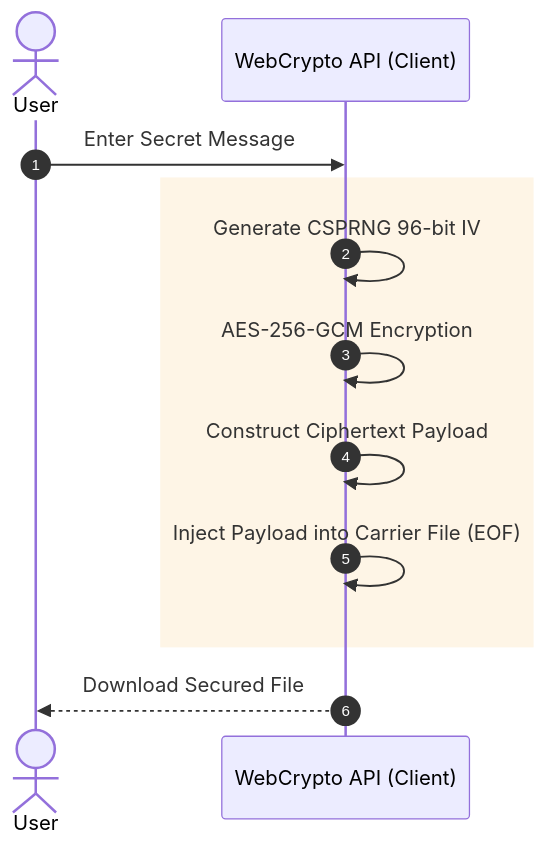
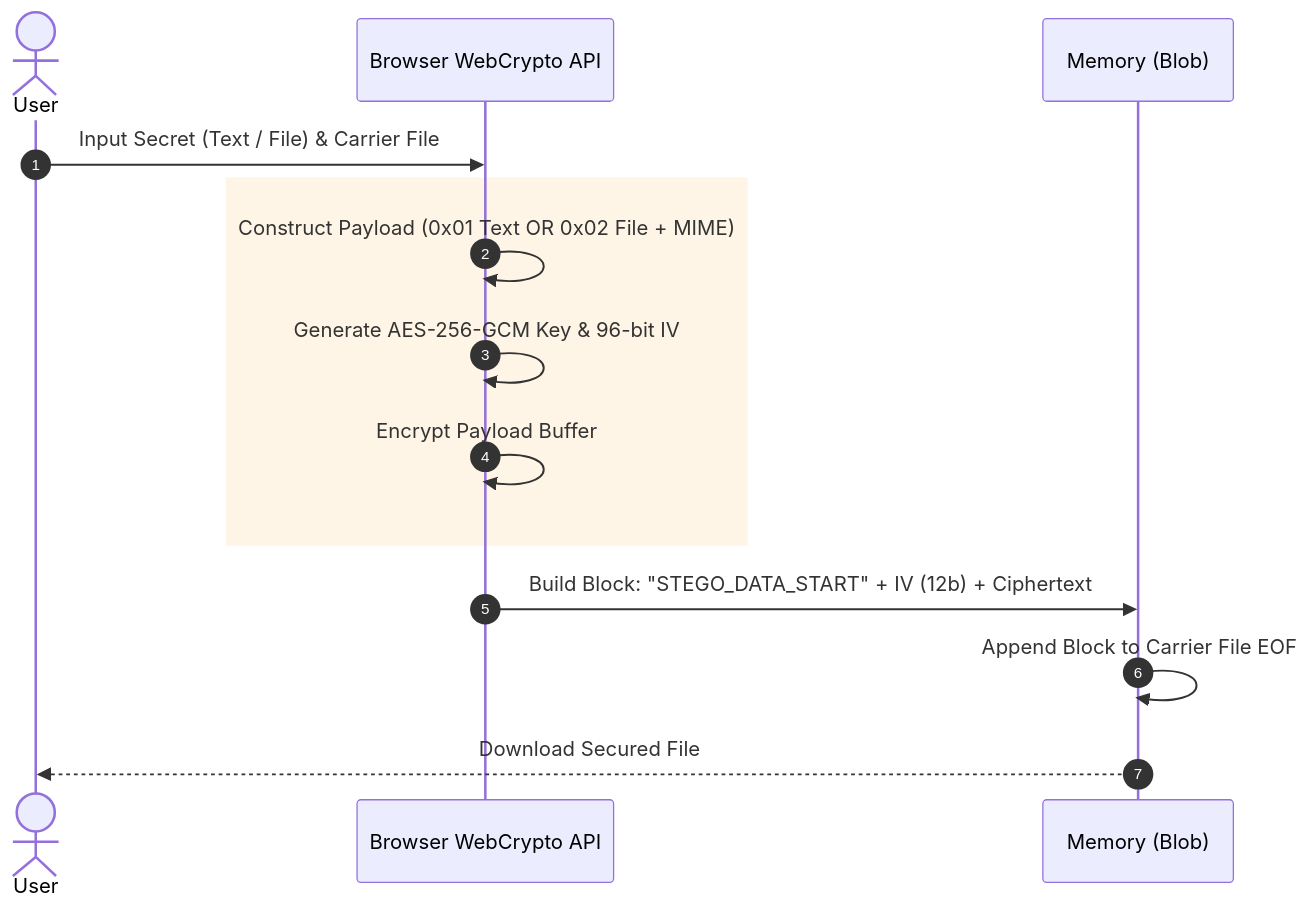
One commit to kirtanpatel2201/CryptoSeal changed the second of 3 diagrams in README.md. Above: the diagram before and after it, drawn with Mermaid. The commit also changed other lines of this file, not shown here.

Commit message:
docs: Deep architectural rewrite of README for 100% technical accuracy

````diff
--- a/README.md
+++ b/README.md
@@ -77,15 +88,17 @@
 ```mermaid
 sequenceDiagram
     autonumber
     actor User
-    participant Browser as WebCrypto API (Client)
+    participant WebCrypto as Browser WebCrypto API
+    participant Mem as Memory (Blob)
 
-    User->>Browser: Enter Secret Message
+    User->>WebCrypto: Input Secret (Text / File) & Carrier File
     rect rgba(245, 158, 11, 0.1)
-    Browser->>Browser: Generate CSPRNG 96-bit IV
-    Browser->>Browser: AES-256-GCM Encryption
-    Browser->>Browser: Construct Ciphertext Payload
-    Browser->>Browser: Inject Payload into Carrier File (EOF)
+    WebCrypto->>WebCrypto: Construct Payload (0x01 Text OR 0x02 File + MIME)
+    WebCrypto->>WebCrypto: Generate AES-256-GCM Key & 96-bit IV
+    WebCrypto->>WebCrypto: Encrypt Payload Buffer
     end
-    Browser-->>User: Download Secured File
+    WebCrypto->>Mem: Build Block: "STEGO_DATA_START" + IV (12b) + Ciphertext
+    Mem->>Mem: Append Block to Carrier File EOF
+    Mem-->>User: Download Secured File
 ```
````
